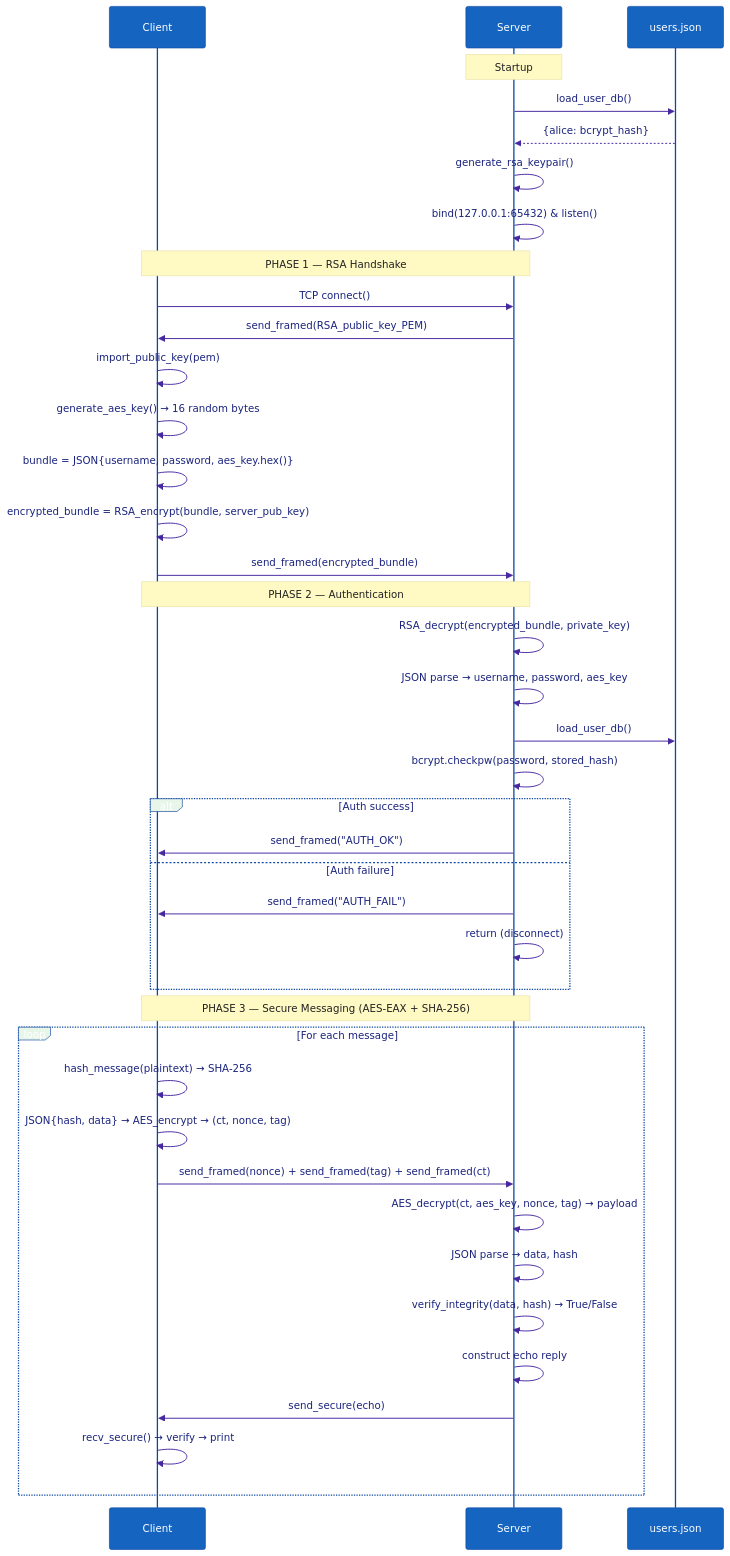
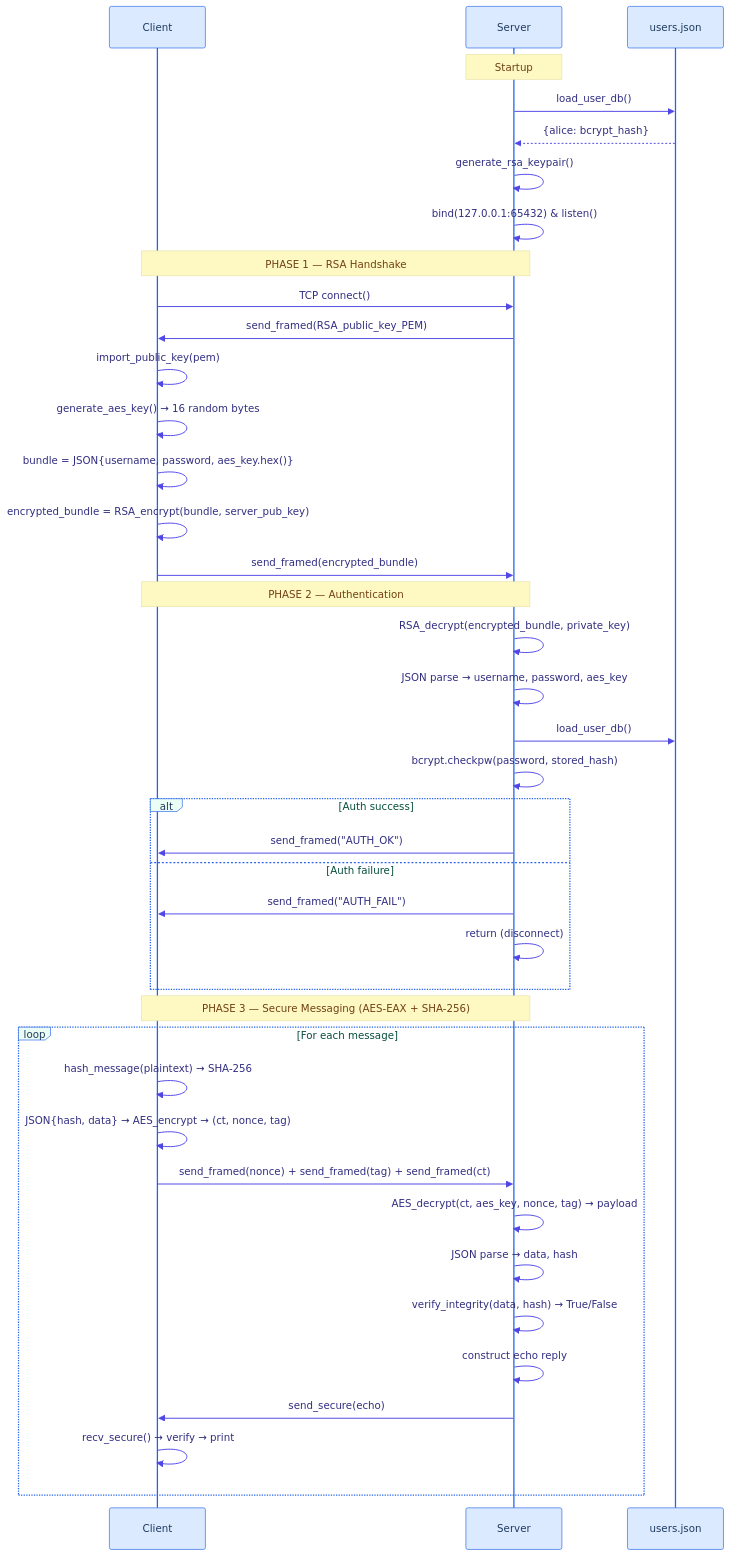
The third of 14 diagrams in PROJECT_DOCUMENTATION.md (HeshamAfandi/Secure-Communication-System), drawn with Mermaid before and after one commit. The commit also changed other lines of this file, not shown here.

````diff
--- a/PROJECT_DOCUMENTATION.md
+++ b/PROJECT_DOCUMENTATION.md
@@ -219,47 +244,47 @@
 ```mermaid
-%%{init: {'theme': 'base', 'themeVariables': {'actorBkg': '#1565C0', 'actorTextColor': '#FFFFFF', 'actorBorder': '#0D47A1', 'noteBkgColor': '#FFF9C4', 'noteTextColor': '#212121', 'activationBkgColor': '#E8EAF6', 'loopTextColor': '#1A237E', 'labelBoxBkgColor': '#E8F5E9', 'signalColor': '#4527A0', 'signalTextColor': '#1A237E'}}}%%
+%%{init: {'theme': 'base', 'themeVariables': {'actorBkg': '#dbeafe', 'actorTextColor': '#1e3a5f', 'actorBorder': '#2563eb', 'noteBkgColor': '#fef9c3', 'noteTextColor': '#713f12', 'activationBkgColor': '#d1fae5', 'loopTextColor': '#064e3b', 'labelBoxBkgColor': '#ecfdf5', 'signalColor': '#4f46e5', 'signalTextColor': '#312e81'}}}%%
 sequenceDiagram
     participant C as Client
     participant S as Server
     participant DB as users.json
 
     Note over S: Startup
     S->>DB: load_user_db()
     DB-->>S: {alice: bcrypt_hash}
     S->>S: generate_rsa_keypair()
     S->>S: bind(127.0.0.1:65432) & listen()
 
     Note over C,S: PHASE 1 — RSA Handshake
     C->>S: TCP connect()
     S->>C: send_framed(RSA_public_key_PEM)
     C->>C: import_public_key(pem)
     C->>C: generate_aes_key() → 16 random bytes
     C->>C: bundle = JSON{username, password, aes_key.hex()}
     C->>C: encrypted_bundle = RSA_encrypt(bundle, server_pub_key)
     C->>S: send_framed(encrypted_bundle)
 
     Note over C,S: PHASE 2 — Authentication
     S->>S: RSA_decrypt(encrypted_bundle, private_key)
     S->>S: JSON parse → username, password, aes_key
     S->>DB: load_user_db()
     S->>S: bcrypt.checkpw(password, stored_hash)
     alt Auth success
         S->>C: send_framed("AUTH_OK")
     else Auth failure
         S->>C: send_framed("AUTH_FAIL")
         S->>S: return (disconnect)
     end
 
     Note over C,S: PHASE 3 — Secure Messaging (AES-EAX + SHA-256)
     loop For each message
         C->>C: hash_message(plaintext) → SHA-256
         C->>C: JSON{hash, data} → AES_encrypt → (ct, nonce, tag)
         C->>S: send_framed(nonce) + send_framed(tag) + send_framed(ct)
         S->>S: AES_decrypt(ct, aes_key, nonce, tag) → payload
         S->>S: JSON parse → data, hash
         S->>S: verify_integrity(data, hash) → True/False
         S->>S: construct echo reply
         S->>C: send_secure(echo)
         C->>C: recv_secure() → verify → print
     end
 ```
````
